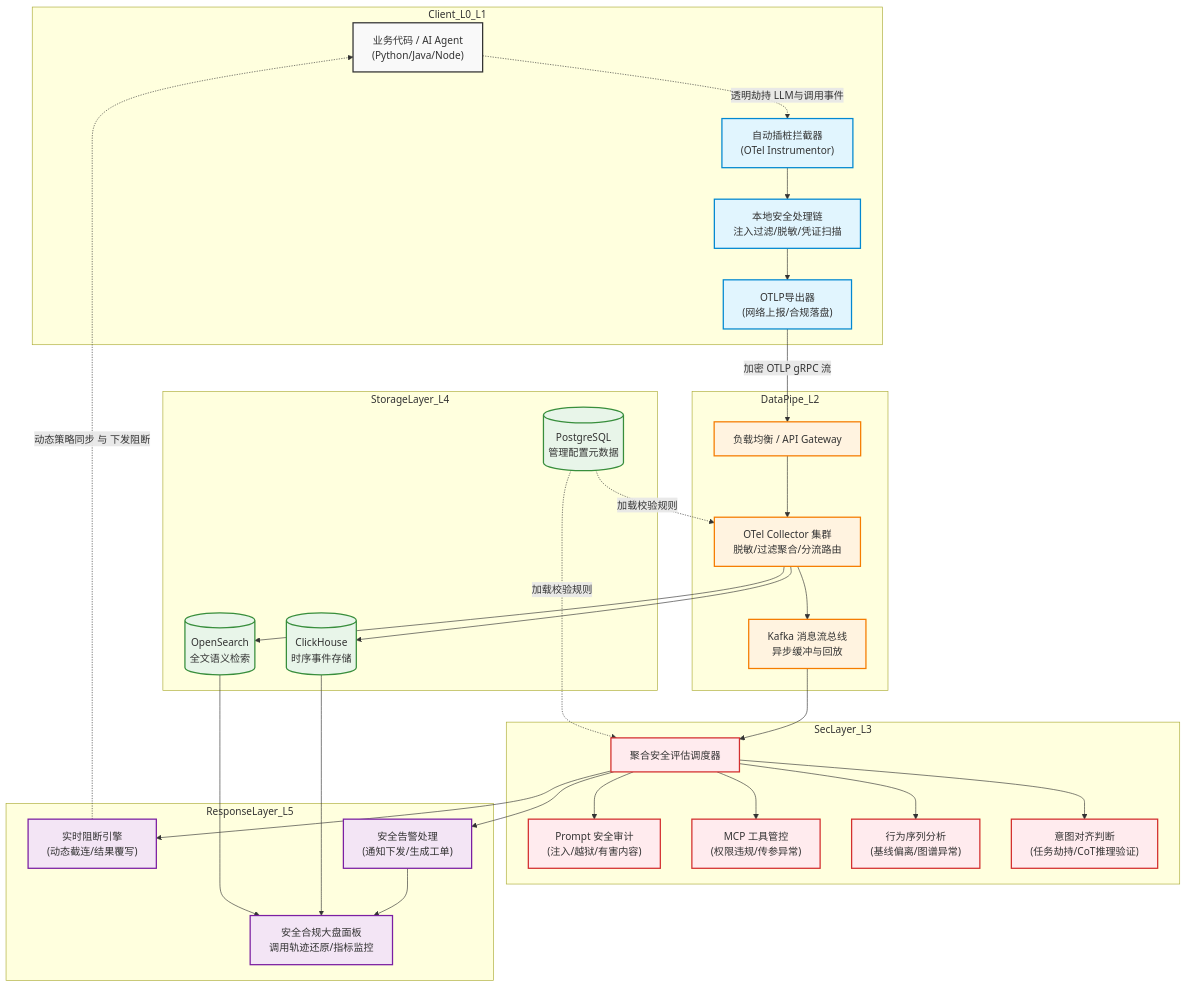
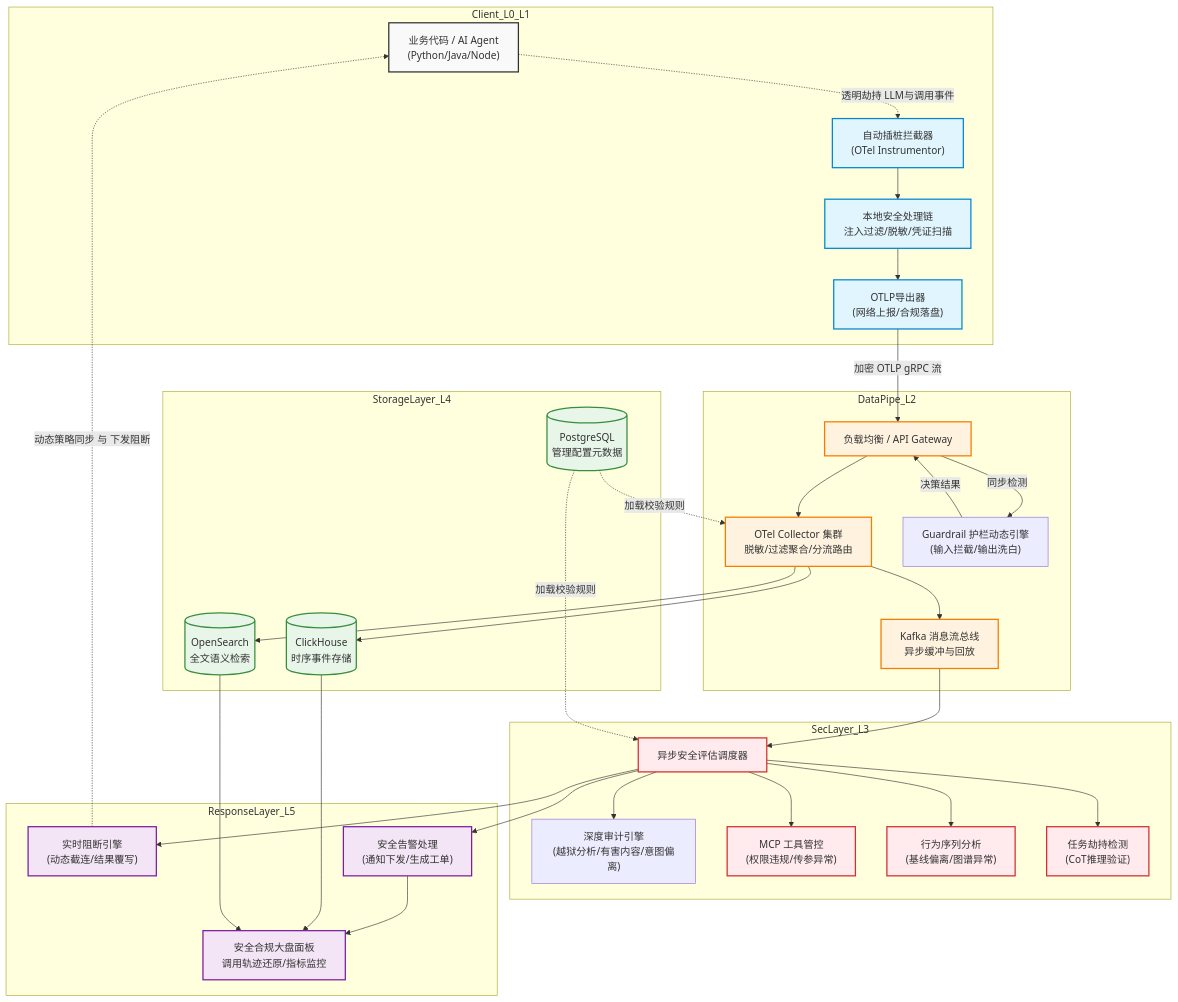
One commit to jianbinzhang1987/ai-security-platform changed the second of 2 diagrams in 设计文档/架构文档/ai_agent_security_platform.md. Above: the diagram before and after it, drawn with Mermaid. The commit also changed other lines of this file and 5 other files, not shown here.

````diff
--- a/设计文档/架构文档/ai_agent_security_platform.md
+++ b/设计文档/架构文档/ai_agent_security_platform.md
@@ -141,77 +141,80 @@
 ```mermaid
 graph TD
     classDef l0 fill:#f9f9f9,stroke:#333,stroke-width:2px;
     classDef l1 fill:#e1f5fe,stroke:#0288d1,stroke-width:2px;
     classDef l2 fill:#fff3e0,stroke:#f57c00,stroke-width:2px;
     classDef l3 fill:#ffebee,stroke:#d32f2f,stroke-width:2px;
     classDef l4 fill:#e8f5e9,stroke:#388e3c,stroke-width:2px;
     classDef l5 fill:#f3e5f5,stroke:#7b1fa2,stroke-width:2px;
 
     subgraph Client_L0_L1
         App["业务代码 / AI Agent<br/>(Python/Java/Node)"]
         Instrument["自动插桩拦截器<br/>(OTel Instrumentor)"]
         Processor["本地安全处理链<br/>注入过滤/脱敏/凭证扫描"]
         Exporter["OTLP导出器<br/>(网络上报/合规落盘)"]
     end
     
     App -.透明劫持 LLM与调用事件.-> Instrument
     Instrument --> Processor
     Processor --> Exporter
     
     subgraph DataPipe_L2
         LB["负载均衡 / API Gateway"]
         Collector["OTel Collector 集群<br/>脱敏/过滤聚合/分流路由"]
+        Guardrails["Guardrail 护栏动态引擎<br/>(输入拦截/输出洗白)"]
         Kafka["Kafka 消息流总线<br/>异步缓冲与回放"]
     end
     
     Exporter -- 加密 OTLP gRPC 流 --> LB
     LB --> Collector
+    LB -- 同步检测 --> Guardrails
+    Guardrails -- 决策结果 --> LB
     Collector --> Kafka
     
     subgraph SecLayer_L3
-        SecEngine["聚合安全评估调度器"]
-        Prop["Prompt 安全审计<br/>(注入/越狱/有害内容)"]
+        SecEngine["异步安全评估调度器"]
+        DeepAudit["深度审计引擎<br/>(越狱分析/有害内容/意图偏离)"]
         MCP["MCP 工具管控<br/>(权限违规/传参异常)"]
         Behavior["行为序列分析<br/>(基线偏离/图谱异常)"]
-        Align["意图对齐判断<br/>(任务劫持/CoT推理验证)"]
+        Align["任务劫持检测<br/>(CoT推理验证)"]
     end
 
     Kafka --> SecEngine
-    SecEngine --> Prop
+    SecEngine --> DeepAudit
     SecEngine --> MCP
     SecEngine --> Behavior
     SecEngine --> Align
 
     subgraph StorageLayer_L4
         CH[("ClickHouse<br/>时序事件存储")]
         ES[("OpenSearch<br/>全文语义检索")]
         PG[("PostgreSQL<br/>管理配置元数据")]
     end
     
     subgraph ResponseLayer_L5
         Action["实时阻断引擎<br/>(动态截连/结果覆写)"]
         Alert["安全告警处理<br/>(通知下发/生成工单)"]
         Console["安全合规大盘面板<br/>调用轨迹还原/指标监控"]
     end
 
     Collector --> CH
     Collector --> ES
     
     SecEngine --> Action
     SecEngine --> Alert
     
     Alert --> Console
     CH --> Console
     ES --> Console
     
     Action -.动态策略同步 与 下发阻断.-> App
     PG -.加载校验规则.-> SecEngine
     PG -.加载校验规则.-> Collector
     
     class App l0;
     class Instrument,Processor,Exporter l1;
     class LB,Collector,Kafka l2;
     class SecEngine,Prop,MCP,Behavior,Align l3;
     class CH,ES,PG l4;
     class Action,Alert,Console l5;
 ```
````
